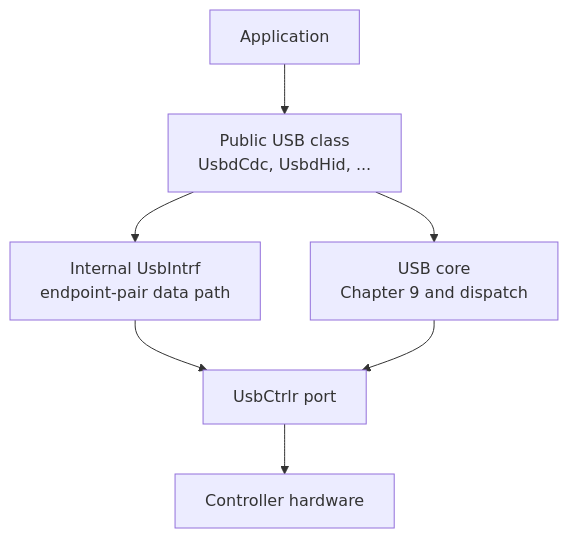
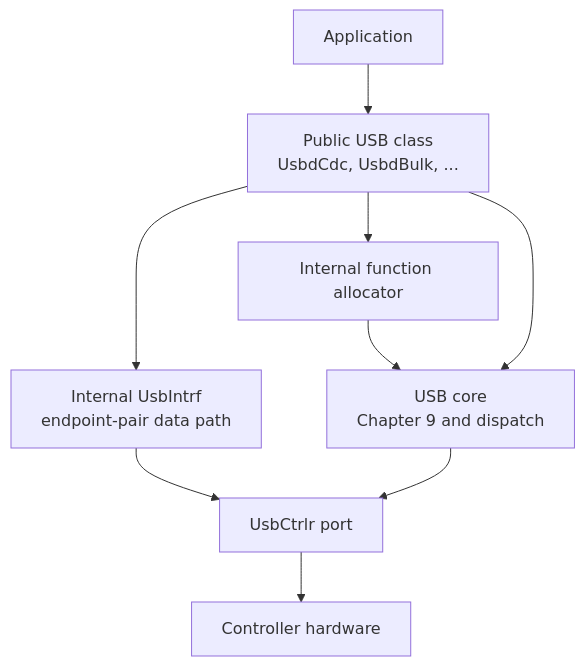
Before and after one commit to IOsonata/IOsonata: the first of 3 diagrams in docs/architecture/usb.md, drawn with Mermaid. The commit also changed other lines of this file and 46 other files, not shown here.

First line of the commit message:
Finalize USB function allocation and custom bulk support

````diff
--- a/docs/architecture/usb.md
+++ b/docs/architecture/usb.md
@@ -7,9 +7,11 @@
 ```mermaid
 flowchart TD
-    App[Application] --> Class[Public USB class<br/>UsbdCdc, UsbdHid, ...]
+    App[Application] --> Class[Public USB class<br/>UsbdCdc, UsbdBulk, ...]
+    Class --> Alloc[Internal function allocator]
     Class --> Intrf[Internal UsbIntrf<br/>endpoint-pair data path]
-    Class --> Core[USB core<br/>Chapter 9 and dispatch]
+    Alloc --> Core[USB core<br/>Chapter 9 and dispatch]
+    Class --> Core
     Intrf --> Port[UsbCtrlr port]
     Core --> Port
     Port --> Hw[Controller hardware]
 ```
````
